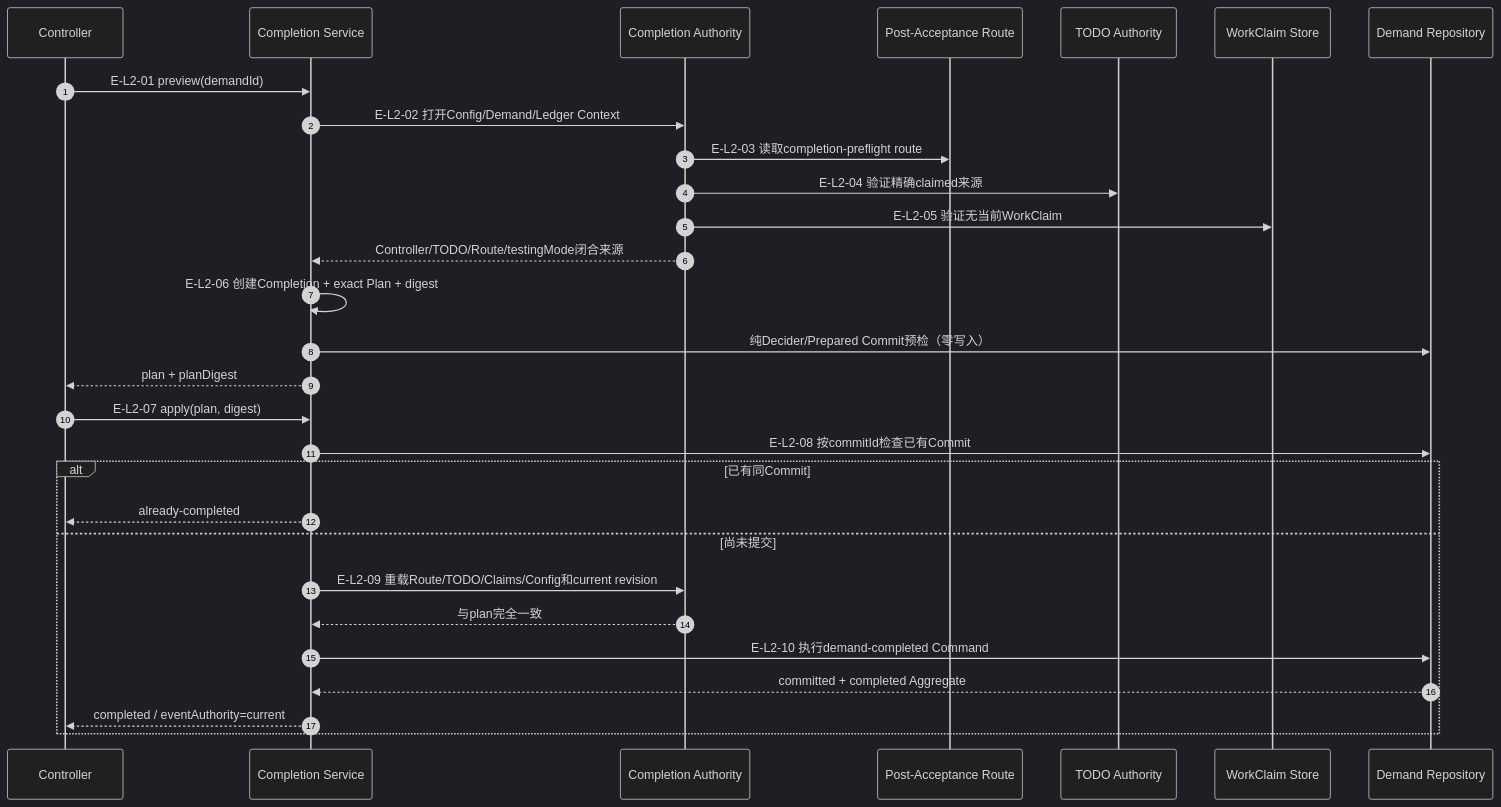
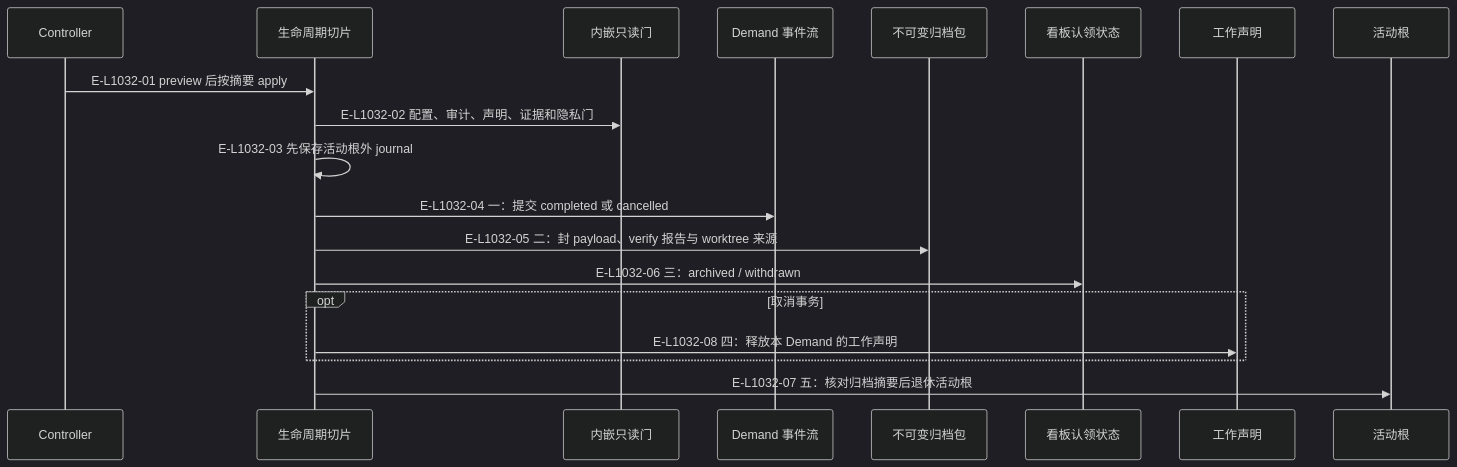
One commit to GxFn/Wakeflow changed the second of 3 diagrams in wakeflow-architecture-atlas/maps/07-review-rework-completion/runtime-call-flow.md. Above: the diagram before and after it, drawn with Mermaid (dark theme). The commit also changed other lines of this file and 71 other files, not shown here.

Commit message:
docs(atlas): align architecture maps with L1 nine-slice implementation

````diff
--- a/wakeflow-architecture-atlas/maps/07-review-rework-completion/runtime-call-flow.md
+++ b/wakeflow-architecture-atlas/maps/07-review-rework-completion/runtime-call-flow.md
@@ -71,36 +208,23 @@
 ```mermaid
 sequenceDiagram
-  accTitle: Demand成功完成preview和幂等apply
-  accDescr: Completion preview打开Demand操作Authority Context，加载带controller-only或real-environment testing closure的Post-Acceptance Route、Controller、claimed TODO和WindowWorkClaim事实；real-environment还检查Test窗口无Claim，并允许历史product-defect Test Targets与一个匹配currentTestCard的accepted当前Target并存。apply提交demand-completed；同Commit重试幂等，Aggregate保留全部Card与attempt lineage。
-
-  autonumber
-  participant CTRL as Controller
-  participant SERVICE as Completion Service
-  participant AUTH as Completion Authority
-  participant ROUTE as Post-Acceptance Route
-  participant TODO as TODO Authority
-  participant CLAIMS as WorkClaim Store
-  participant REPO as Demand Repository
-
-  CTRL->>SERVICE: E-L2-01 preview(demandId)
-  SERVICE->>AUTH: E-L2-02 打开Config/Demand/Ledger Context
-  AUTH->>ROUTE: E-L2-03 读取completion-preflight route
-  AUTH->>TODO: E-L2-04 验证精确claimed来源
-  AUTH->>CLAIMS: E-L2-05 验证无当前WorkClaim
-  AUTH-->>SERVICE: Controller/TODO/Route/testingMode闭合来源
-  SERVICE->>SERVICE: E-L2-06 创建Completion + exact Plan + digest
-  SERVICE->>REPO: 纯Decider/Prepared Commit预检（零写入）
-  SERVICE-->>CTRL: plan + planDigest
-
-  CTRL->>SERVICE: E-L2-07 apply(plan, digest)
-  SERVICE->>REPO: E-L2-08 按commitId检查已有Commit
-  alt 已有同Commit
-    SERVICE-->>CTRL: already-completed
-  else 尚未提交
-    SERVICE->>AUTH: E-L2-09 重载Route/TODO/Claims/Config和current revision
-    AUTH-->>SERVICE: 与plan完全一致
-    SERVICE->>REPO: E-L2-10 执行demand-completed Command
-    REPO-->>SERVICE: committed + completed Aggregate
-    SERVICE-->>CTRL: completed / eventAuthority=current
+  accTitle: 完成和取消的五步归档事务
+  accDescr: 完成和取消的五步归档事务；箭头区分当前代码步骤、返回事实与明确的条件。
+  participant controller as Controller
+  participant slice as 生命周期切片
+  participant verify as 内嵌只读门
+  participant event as Demand 事件流
+  participant archive as 不可变归档包
+  participant board as 看板认领状态
+  participant claim as 工作声明
+  participant activeRoot as 活动根
+  controller->>slice: E-L1032-01 preview 后按摘要 apply
+  slice->>verify: E-L1032-02 配置、审计、声明、证据和隐私门
+  slice->>slice: E-L1032-03 先保存活动根外 journal
+  slice->>event: E-L1032-04 一：提交 completed 或 cancelled
+  slice->>archive: E-L1032-05 二：封 payload、verify 报告与 worktree 来源
+  slice->>board: E-L1032-06 三：archived / withdrawn
+  opt 取消事务
+    slice->>claim: E-L1032-08 四：释放本 Demand 的工作声明
   end
+  slice->>activeRoot: E-L1032-07 五：核对归档摘要后退休活动根
 ```
````
